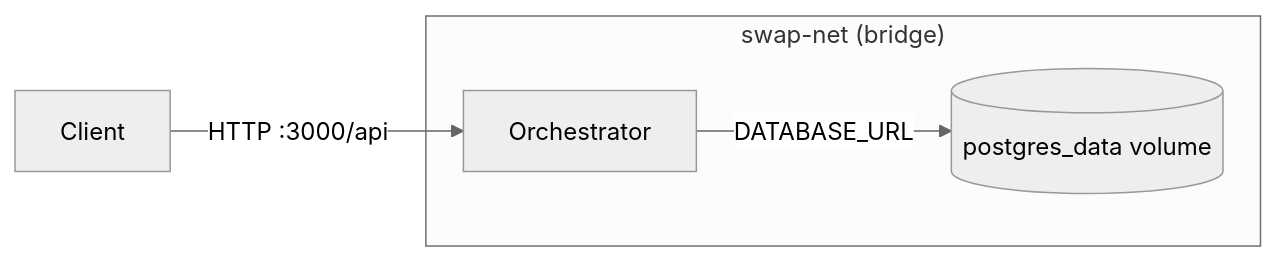
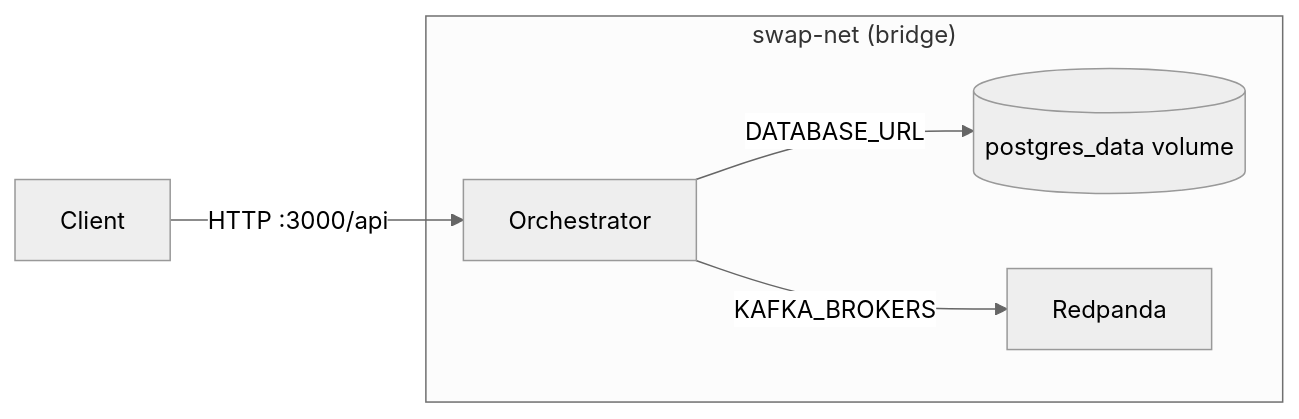
Before and after one commit to litvinov01/smth: the diagram in .meta/infra.md, drawn with Mermaid (neutral theme). The commit also changed other lines of this file and 56 other files, not shown here.

````diff
--- a/.meta/infra.md
+++ b/.meta/infra.md
@@ -7,10 +7,12 @@
 ```mermaid
 flowchart LR
   Client -->|HTTP :3000/api| Orchestrator
   Orchestrator -->|DATABASE_URL| PostgreSQL
+  Orchestrator -->|KAFKA_BROKERS| Redpanda
   PostgreSQL[(postgres_data volume)]
   subgraph swap-net["swap-net (bridge)"]
     Orchestrator
     PostgreSQL
+    Redpanda
   end
 ```
````
